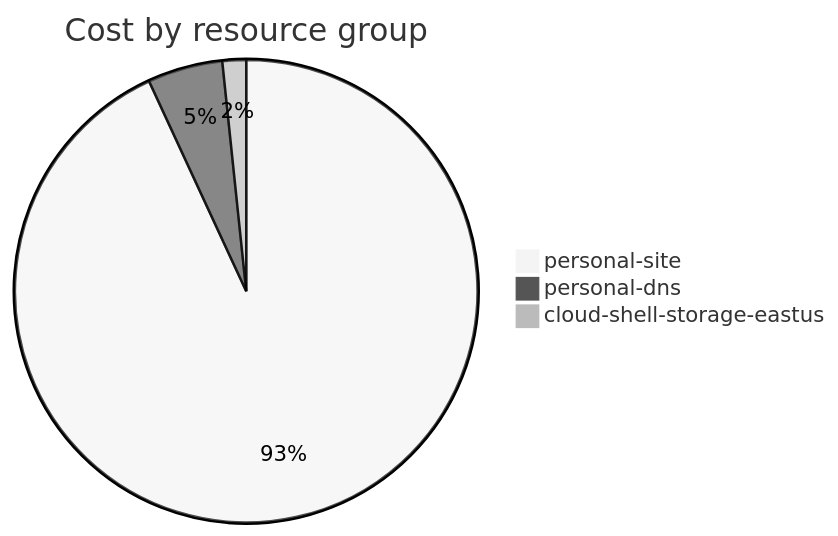
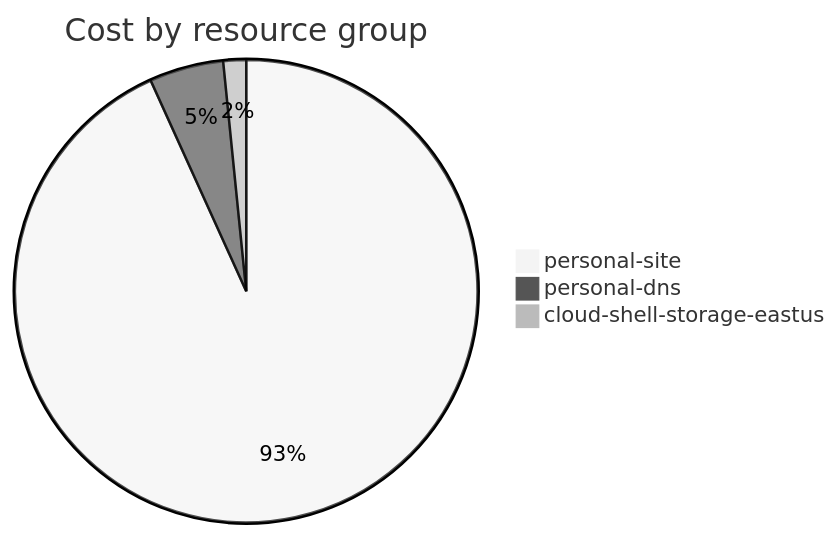
The fourth of 4 diagrams in cost-reports/accumulated-cost.md (jpfulton/azure-personal-reports), drawn with Mermaid (neutral theme) before and after one commit. The commit also changed other lines of this file and 4 other files, not shown here.

````diff
--- a/cost-reports/accumulated-cost.md
+++ b/cost-reports/accumulated-cost.md
@@ -141,7 +141,7 @@
 ```mermaid
 pie
    title Cost by resource group
-   "personal-site" : 6.75
-   "personal-dns" : 0.38
+   "personal-site" : 7.02
+   "personal-dns" : 0.39
    "cloud-shell-storage-eastus" : 0.12
 ```
````
